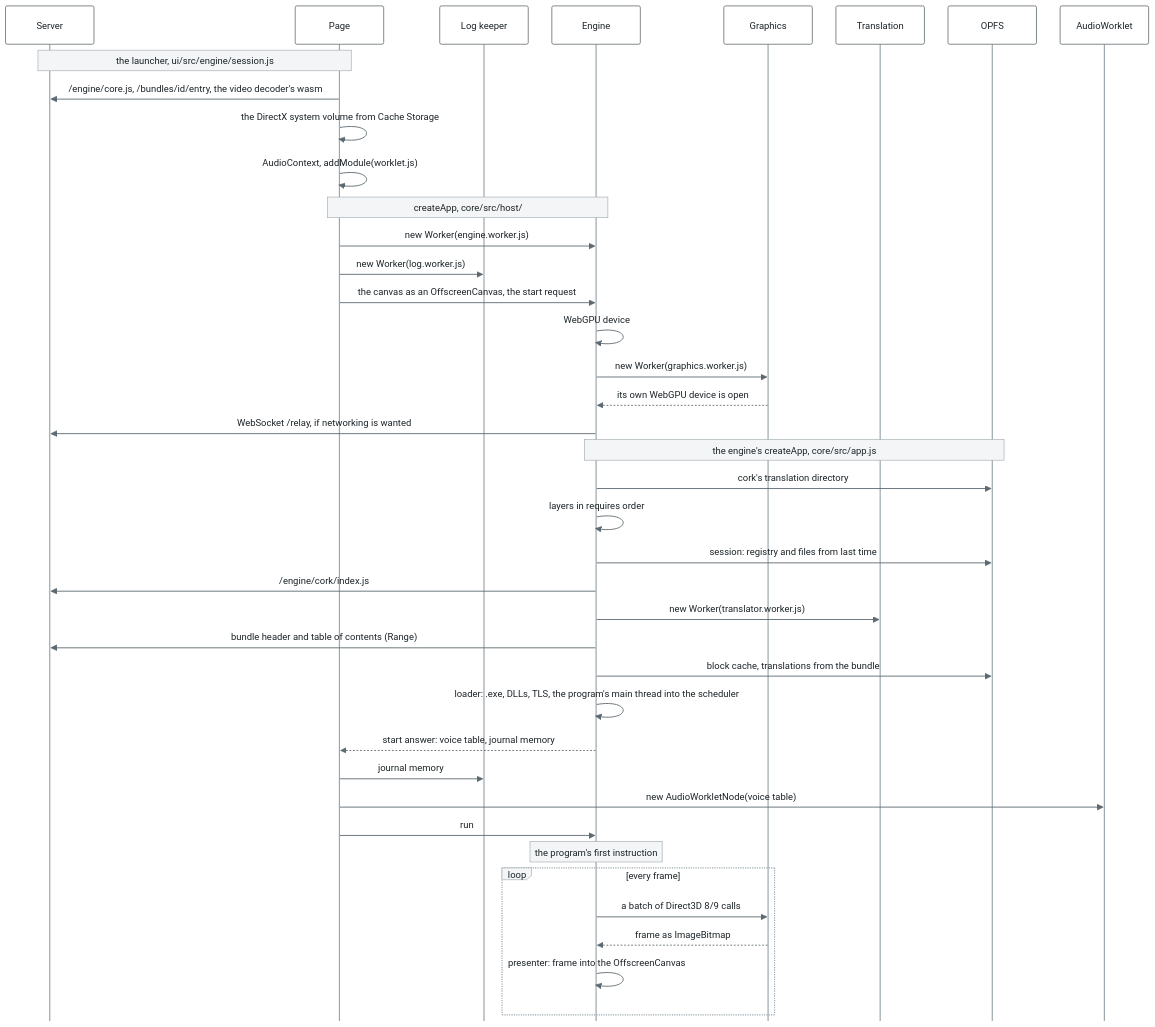
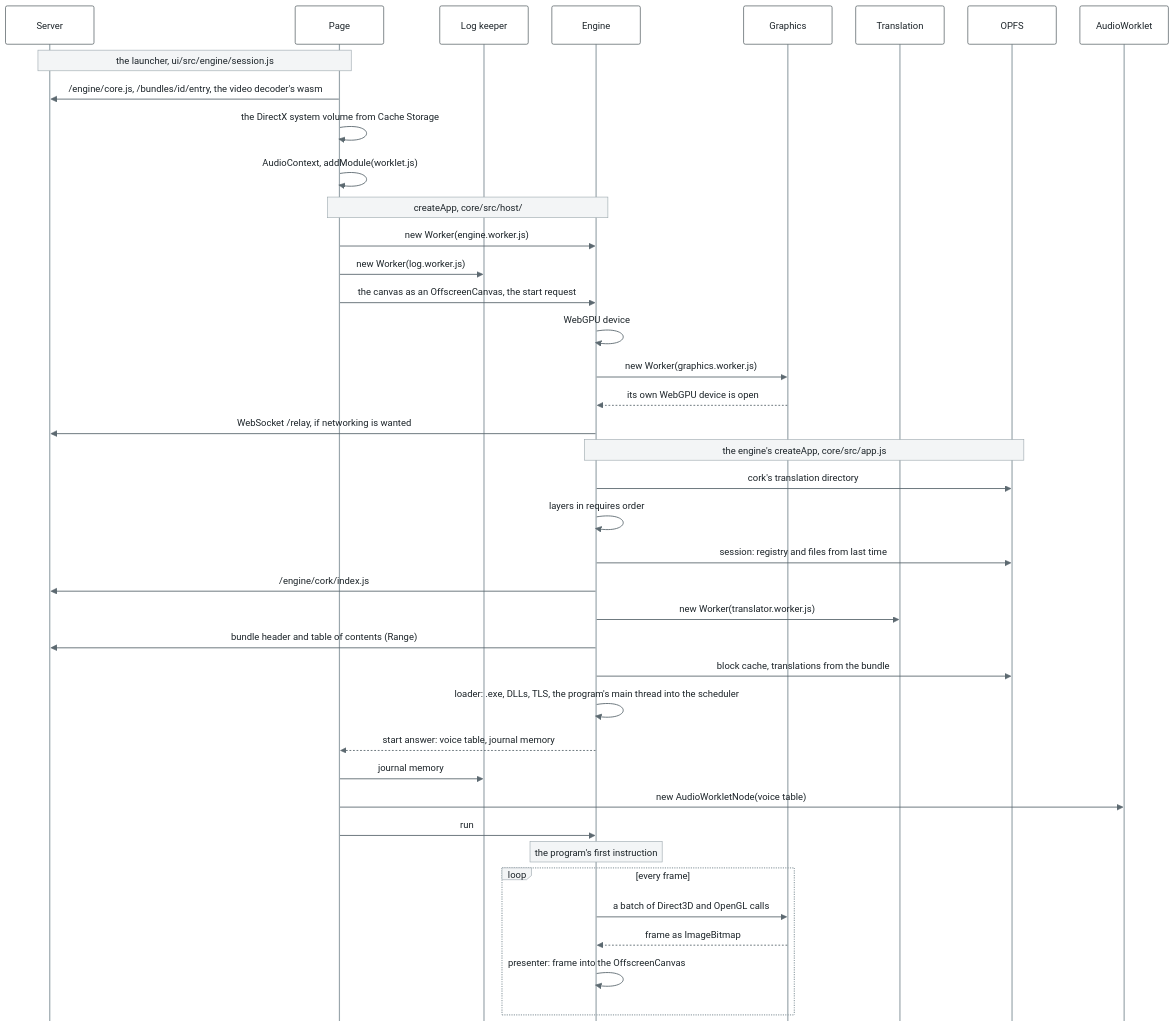
One commit to bottlify/bottlify changed the third of 12 diagrams in docs/architecture.md. Above: the diagram before and after it, drawn with Mermaid. The commit also changed other lines of this file and 1 other file, not shown here.

````diff
--- a/docs/architecture.md
+++ b/docs/architecture.md
@@ -188,43 +188,43 @@
 ```mermaid
 %%{init: {"theme": "base", "sequence": {"mirrorActors": false, "messageMargin": 24, "noteMargin": 8, "actorMargin": 40}, "themeVariables": {"fontFamily": "Inter, Segoe UI, Helvetica, Arial, sans-serif", "fontSize": "13px", "actorBkg": "#FFFFFF", "actorBorder": "#2F3A40", "actorTextColor": "#1B2328", "actorLineColor": "#9AA6AC", "signalColor": "#5C6970", "signalTextColor": "#1B2328", "noteBkgColor": "#F3F5F6", "noteBorderColor": "#9AA6AC", "noteTextColor": "#1B2328", "labelBoxBkgColor": "#F3F5F6", "labelBoxBorderColor": "#9AA6AC", "labelTextColor": "#1B2328", "loopTextColor": "#1B2328"}}}%%
 sequenceDiagram
   participant S as Server
   participant P as Page
   participant K as Log keeper
   participant E as Engine
   participant G as Graphics
   participant T as Translation
   participant O as OPFS
   participant A as AudioWorklet
   Note over S,P: the launcher, ui/src/engine/session.js
   P->>S: /engine/core.js, /bundles/id/entry, the video decoder's wasm
   P->>P: the DirectX system volume from Cache Storage
   P->>P: AudioContext, addModule(worklet.js)
   Note over P,E: createApp, core/src/host/
   P->>E: new Worker(engine.worker.js)
   P->>K: new Worker(log.worker.js)
   P->>E: the canvas as an OffscreenCanvas, the start request
   E->>E: WebGPU device
   E->>G: new Worker(graphics.worker.js)
   G-->>E: its own WebGPU device is open
   E->>S: WebSocket /relay, if networking is wanted
   Note over E,O: the engine's createApp, core/src/app.js
   E->>O: cork's translation directory
   E->>E: layers in requires order
   E->>O: session: registry and files from last time
   E->>S: /engine/cork/index.js
   E->>T: new Worker(translator.worker.js)
   E->>S: bundle header and table of contents (Range)
   E->>O: block cache, translations from the bundle
   E->>E: loader: .exe, DLLs, TLS, the program's main thread into the scheduler
   E-->>P: start answer: voice table, journal memory
   P->>K: journal memory
   P->>A: new AudioWorkletNode(voice table)
   P->>E: run
   Note over E: the program's first instruction
   loop every frame
-    E->>G: a batch of Direct3D 8/9 calls
+    E->>G: a batch of Direct3D and OpenGL calls
     G-->>E: frame as ImageBitmap
     E->>E: presenter: frame into the OffscreenCanvas
   end
 ```
````
